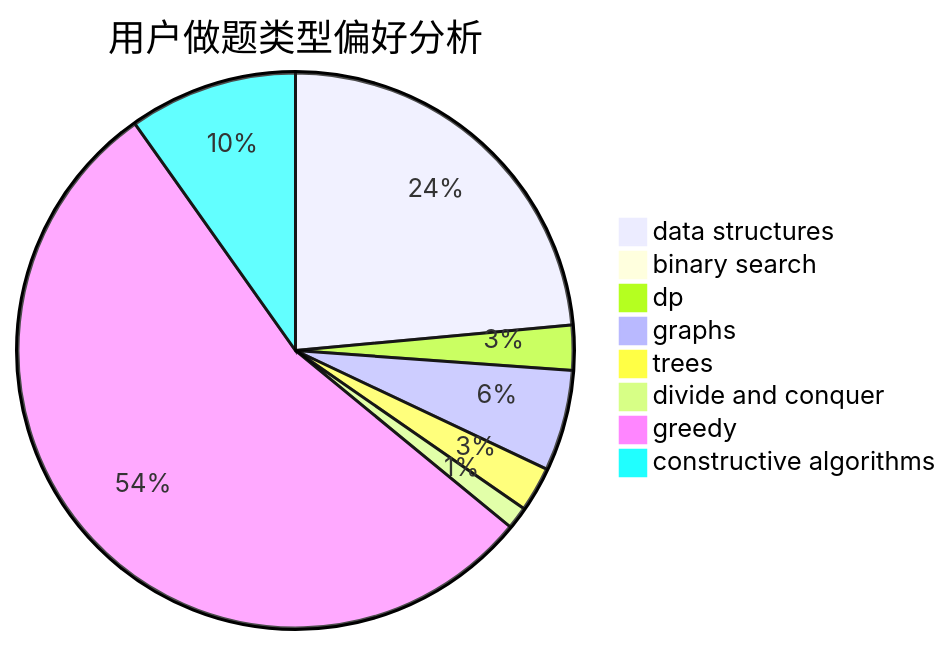
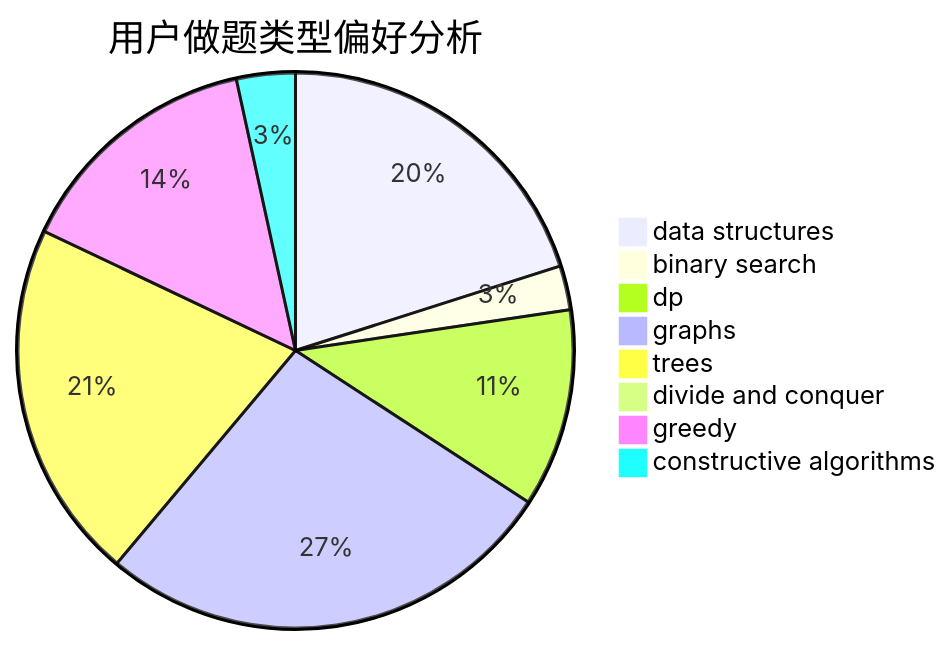
One commit to sherpahu/cfrs.github.io changed the second of 3 diagrams in docs/user/u2043.md. Above: the diagram before and after it, drawn with Mermaid. The commit also changed other lines of this file and 2770 other files, not shown here.

````diff
--- a/docs/user/u2043.md
+++ b/docs/user/u2043.md
@@ -23,11 +23,11 @@
 ```mermaid
 pie title 用户做题类型偏好分析
-    "data structures" :  36
-    "binary search" :  0
-    "dp" :  4
-    "graphs" :  9
-    "trees" :  4
-    "divide and conquer" :  2
-    "greedy" :  83
-    "constructive algorithms" :  15
+    "data structures" :  47
+    "binary search" :  6
+    "dp" :  27
+    "graphs" :  63
+    "trees" :  49
+    "divide and conquer" :  1
+    "greedy" :  34
+    "constructive algorithms" :  8
 ```
````
